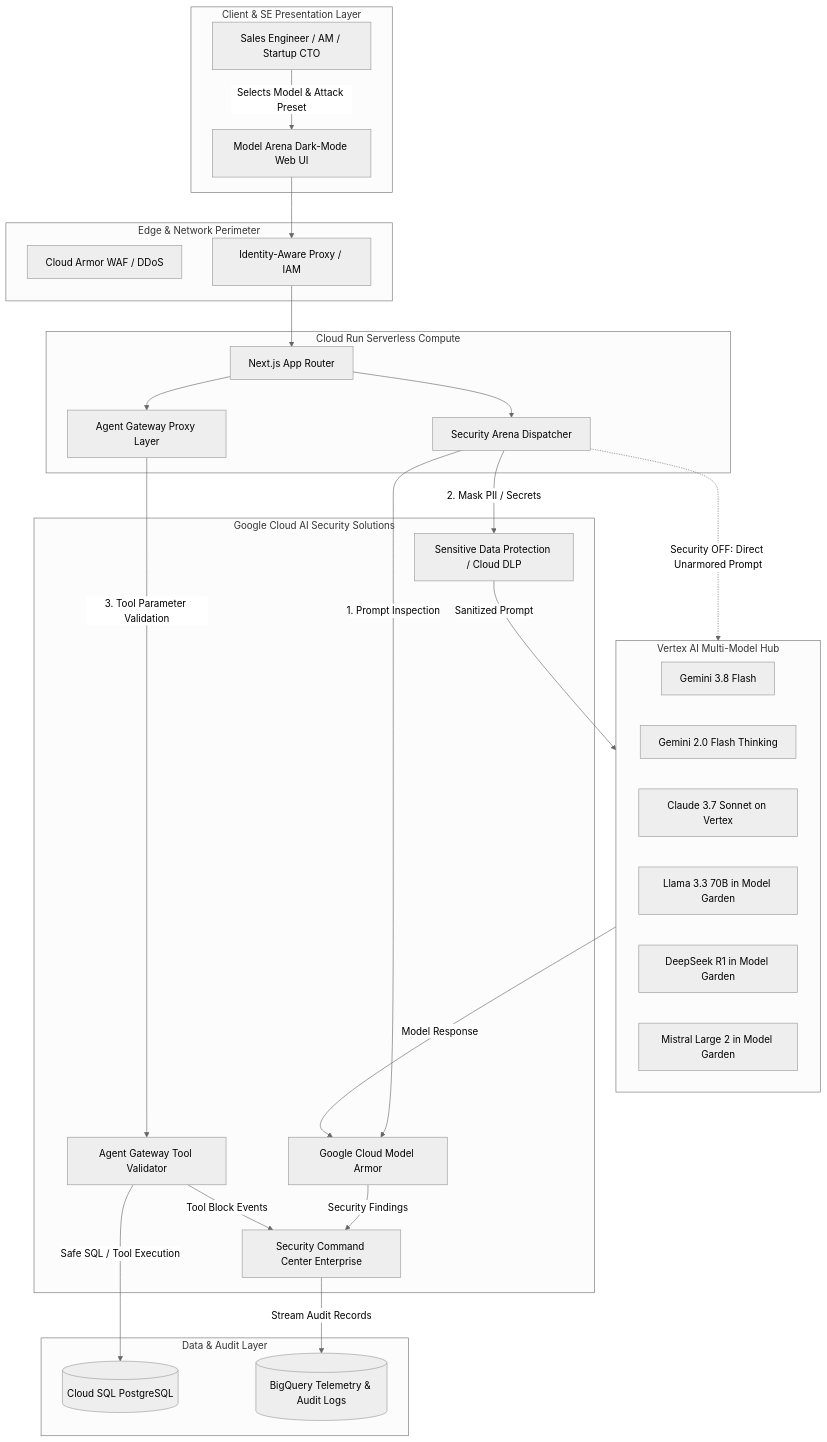
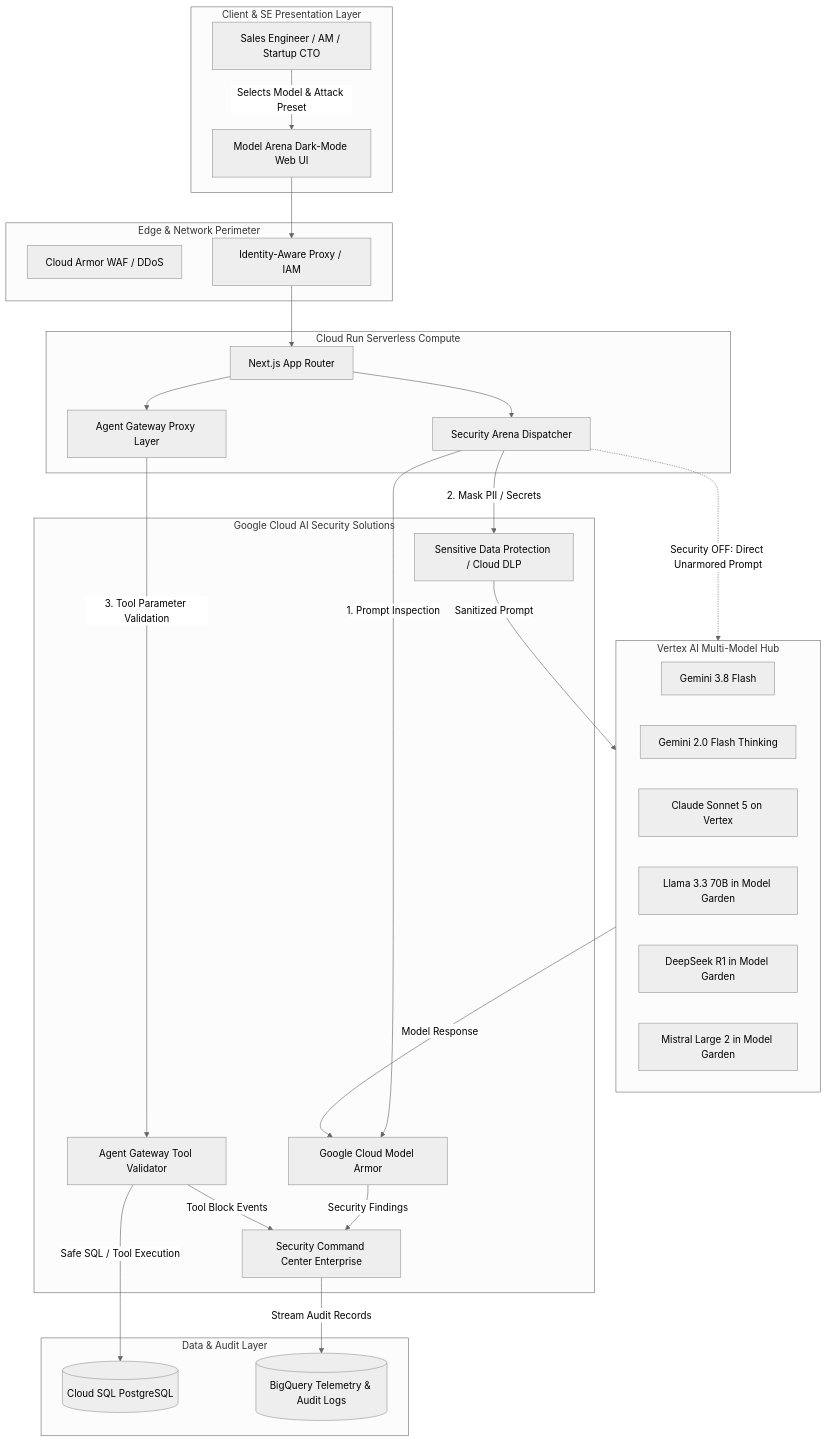
Before and after one commit to frankien-work/Model-Arena: the diagram in docs/ARCHITECTURE.md, drawn with Mermaid (neutral theme). The commit also changed other lines of this file and 5 other files, not shown here.

Commit message:
feat(models): update Claude to Claude Sonnet 5 across models, telemetry, and battlecards

````diff
--- a/docs/ARCHITECTURE.md
+++ b/docs/ARCHITECTURE.md
@@ -11,61 +11,61 @@
 ```mermaid
 flowchart TB
     subgraph ClientAndSE [Client & SE Presentation Layer]
         User[Sales Engineer / AM / Startup CTO]
         Browser[Model Arena Dark-Mode Web UI]
         User -->|Selects Model & Attack Preset| Browser
     end
 
     subgraph EdgeAndNetwork [Edge & Network Perimeter]
         CloudArmor[Cloud Armor WAF / DDoS]
         IAP[Identity-Aware Proxy / IAM]
     end
 
     subgraph CloudRunSvc [Cloud Run Serverless Compute]
         AppUI[Next.js App Router]
         SecRouter[Security Arena Dispatcher]
         AgentProxy[Agent Gateway Proxy Layer]
         AppUI --> SecRouter
         AppUI --> AgentProxy
     end
 
     subgraph DefenseInDepth [Google Cloud AI Security Solutions]
         ModelArmor[Google Cloud Model Armor]
         CloudDLP[Sensitive Data Protection / Cloud DLP]
         AgentGW[Agent Gateway Tool Validator]
         SCCe[Security Command Center Enterprise]
     end
 
     subgraph VertexAIHub [Vertex AI Multi-Model Hub]
         GeminiFlash[Gemini 3.8 Flash]
         GeminiThinking[Gemini 2.0 Flash Thinking]
-        ClaudeSonnet[Claude 3.7 Sonnet on Vertex]
+        ClaudeSonnet[Claude Sonnet 5 on Vertex]
         Llama[Llama 3.3 70B in Model Garden]
         DeepSeek[DeepSeek R1 in Model Garden]
         Mistral[Mistral Large 2 in Model Garden]
     end
 
     subgraph DataAndAudit [Data & Audit Layer]
         CloudSQL[(Cloud SQL PostgreSQL)]
         BigQuery[(BigQuery Telemetry & Audit Logs)]
     end
 
     Browser --> IAP
     IAP --> AppUI
 
     %% Left Pane: Guardrails OFF
     SecRouter -.->|Security OFF: Direct Unarmored Prompt| VertexAIHub
 
     %% Right Pane: Guardrails ON
     SecRouter -->|1. Prompt Inspection| ModelArmor
     SecRouter -->|2. Mask PII / Secrets| CloudDLP
     CloudDLP -->|Sanitized Prompt| VertexAIHub
     VertexAIHub -->|Model Response| ModelArmor
     AgentProxy -->|3. Tool Parameter Validation| AgentGW
     AgentGW -->|Safe SQL / Tool Execution| CloudSQL
 
     %% Audit Log Stream
     ModelArmor -->|Security Findings| SCCe
     AgentGW -->|Tool Block Events| SCCe
     SCCe -->|Stream Audit Records| BigQuery
 ```
````
